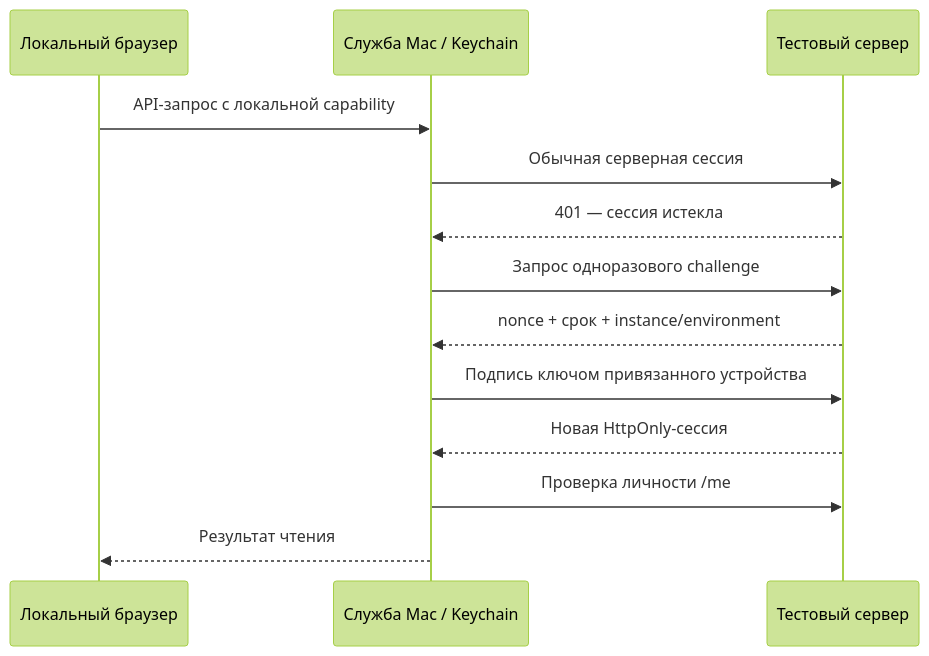
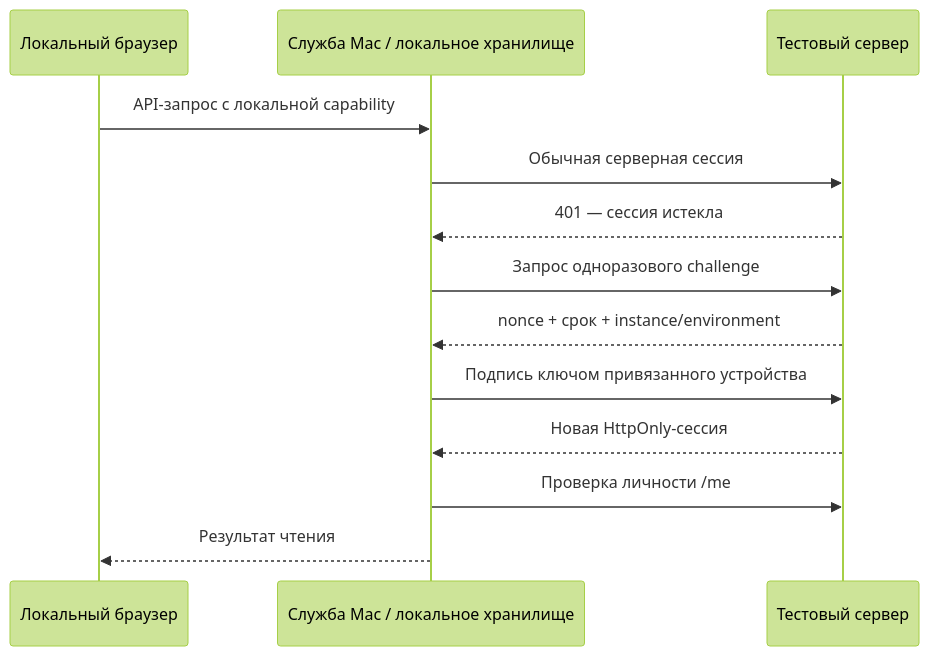
The diagram in docs/architecture/2026-10-16-mac-session-continuity.md (tehblok/robopark), drawn with Mermaid (forest theme) before and after one commit. The commit also changed other lines of this file and 24 other files, not shown here.

Commit message:
fix(mac): persist sessions without Keychain prompts for rc.12

````diff
--- a/docs/architecture/2026-10-16-mac-session-continuity.md
+++ b/docs/architecture/2026-10-16-mac-session-continuity.md
@@ -19,15 +19,15 @@
 ```mermaid
 sequenceDiagram
   participant UI as Локальный браузер
-  participant Mac as Служба Mac / Keychain
+  participant Mac as Служба Mac / локальное хранилище
   participant API as Тестовый сервер
   UI->>Mac: API-запрос с локальной capability
   Mac->>API: Обычная серверная сессия
   API-->>Mac: 401 — сессия истекла
   Mac->>API: Запрос одноразового challenge
   API-->>Mac: nonce + срок + instance/environment
   Mac->>API: Подпись ключом привязанного устройства
   API-->>Mac: Новая HttpOnly-сессия
   Mac->>API: Проверка личности /me
   Mac-->>UI: Результат чтения
 ```
````
